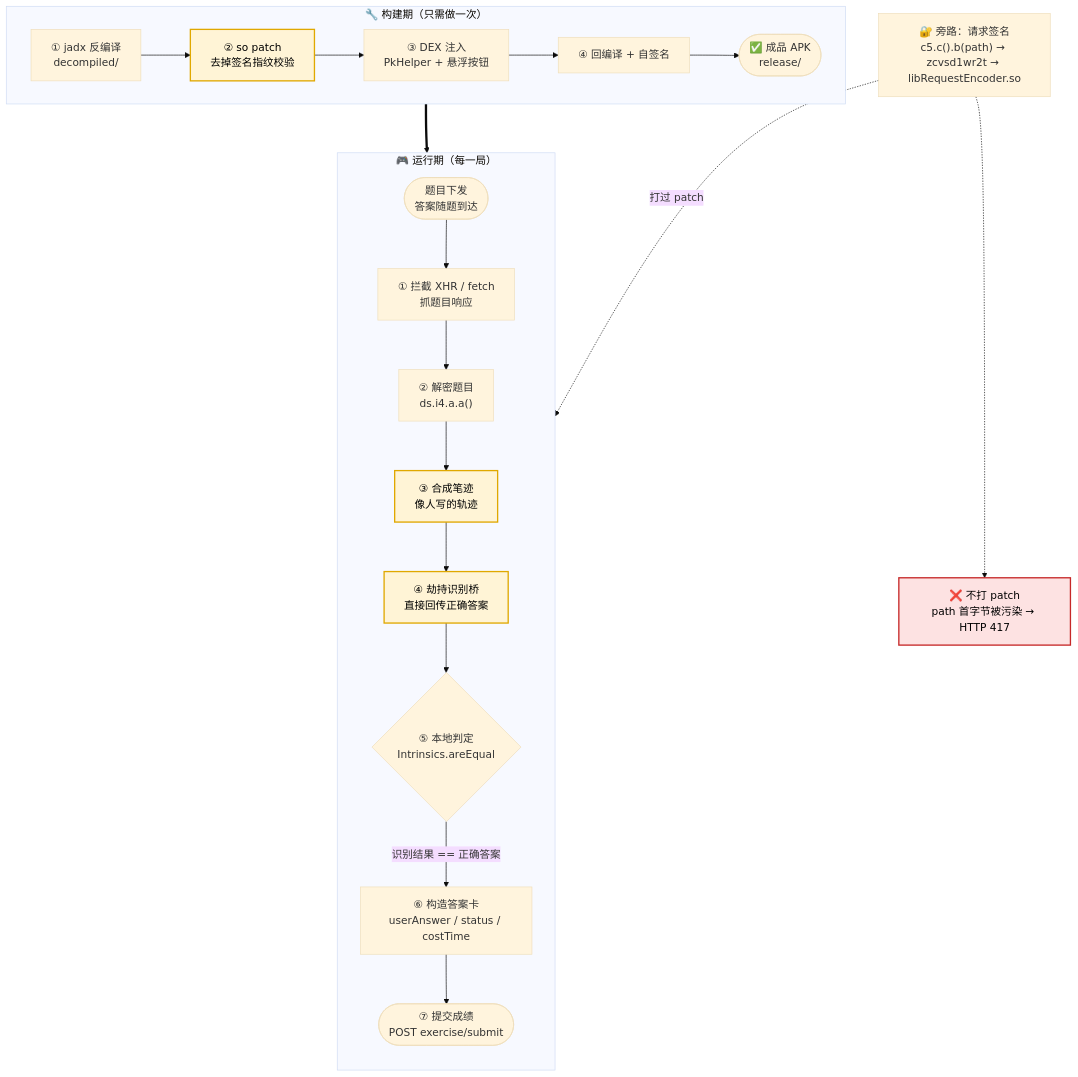
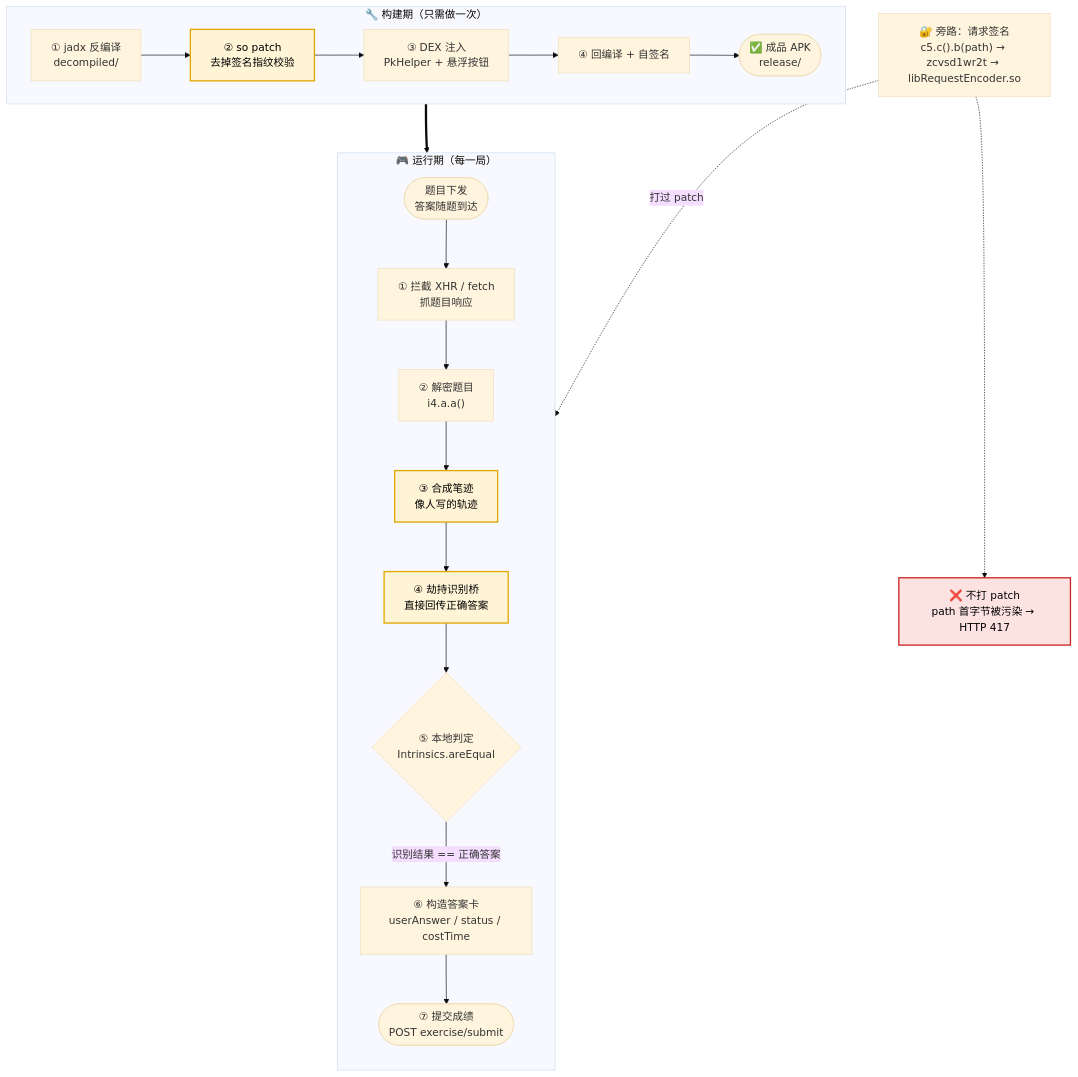
Before and after one commit to GaoYangHeng/XiaoYuanKouSuan-1s-Answer: the first of 3 diagrams in README.md, drawn with Mermaid (base theme). The commit also changed other lines of this file and 9 other files, not shown here.

````diff
--- a/README.md
+++ b/README.md
@@ -40,33 +46,33 @@
 ```mermaid
 flowchart TB
     subgraph BUILD["🔧 构建期（只需做一次）"]
         direction LR
         P1["① jadx 反编译<br/>decompiled/"] --> P2["② so patch<br/>去掉签名指纹校验"]
         P2 --> P3["③ DEX 注入<br/>PkHelper + 悬浮按钮"]
         P3 --> P4["④ 回编译 + 自签名"]
         P4 --> P5(["✅ 成品 APK<br/>release/"])
     end
 
     subgraph PLAY["🎮 运行期（每一局）"]
         direction TB
         A(["题目下发<br/>答案随题到达"]) --> B["① 拦截 XHR / fetch<br/>抓题目响应"]
-        B --> C["② 解密题目<br/>ds.i4.a.a()"]
+        B --> C["② 解密题目<br/>i4.a.a()"]
         C --> D["③ 合成笔迹<br/>像人写的轨迹"]
         D --> E["④ 劫持识别桥<br/>直接回传正确答案"]
         E --> F{"⑤ 本地判定<br/>Intrinsics.areEqual"}
         F -->|"识别结果 == 正确答案"| G["⑥ 构造答案卡<br/>userAnswer / status / costTime"]
         G --> H(["⑦ 提交成绩<br/>POST exercise/submit"])
     end
 
     SIGN["🔐 旁路：请求签名<br/>c5.c().b(path) → zcvsd1wr2t → libRequestEncoder.so"]
     BAD["❌ 不打 patch<br/>path 首字节被污染 → HTTP 417"]
     SIGN -.-> BAD
     SIGN -.->|"打过 patch"| H
 
     P5 ==> PLAY
 
     classDef key fill:#fff4d6,stroke:#e0a800,stroke-width:2px,color:#000
     classDef bad fill:#fde2e2,stroke:#c62828,stroke-width:2px,color:#000
     class P2,D,E key
     class BAD bad
 ```
````
